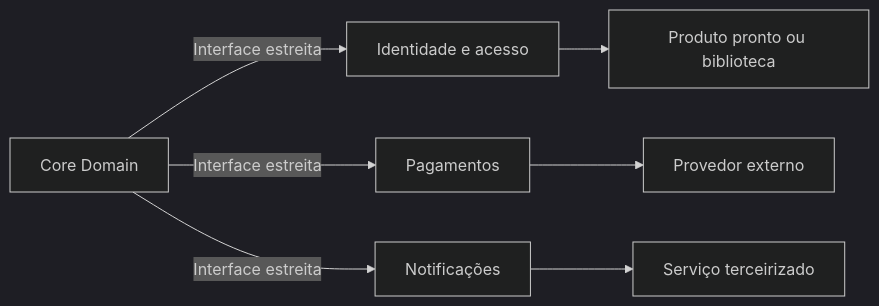
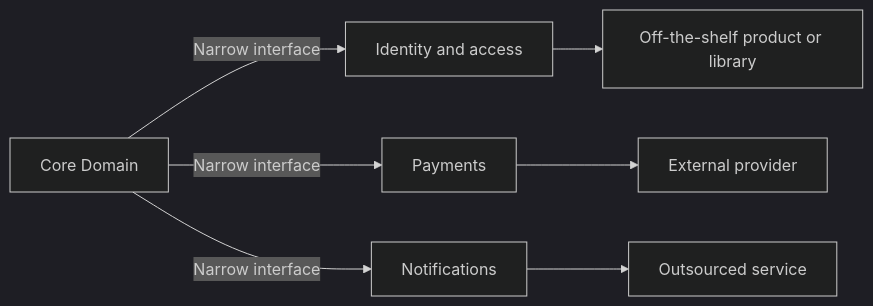
The diagram in docs/application/ddd/distillation/generic-subdomains.md (alancesar/design-patterns), drawn with Mermaid (dark theme) before and after one commit. The commit also changed 258 other files, not shown here.

First line of the commit message:
Translate Mermaid diagrams to English

````diff
--- a/docs/application/ddd/distillation/generic-subdomains.md
+++ b/docs/application/ddd/distillation/generic-subdomains.md
@@ -56,9 +56,9 @@
 ```mermaid
 flowchart LR
-    A["Core Domain"] -->|"Interface estreita"| B["Identidade e acesso"]
-    A -->|"Interface estreita"| C["Pagamentos"]
-    A -->|"Interface estreita"| D["Notificações"]
-    B --> E["Produto pronto ou biblioteca"]
-    C --> F["Provedor externo"]
-    D --> G["Serviço terceirizado"]
+    A["Core Domain"] -->|"Narrow interface"| B["Identity and access"]
+    A -->|"Narrow interface"| C["Payments"]
+    A -->|"Narrow interface"| D["Notifications"]
+    B --> E["Off-the-shelf product or library"]
+    C --> F["External provider"]
+    D --> G["Outsourced service"]
 ```
````
